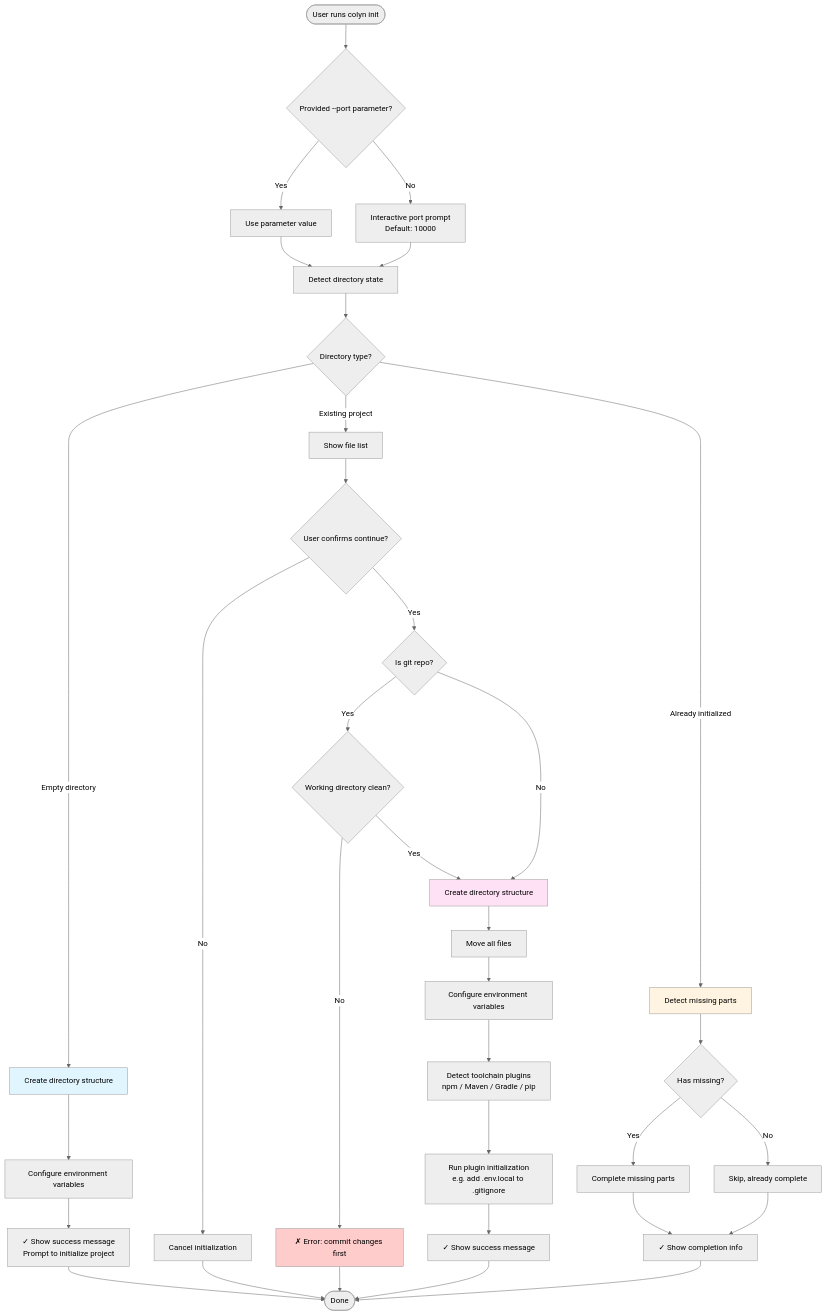
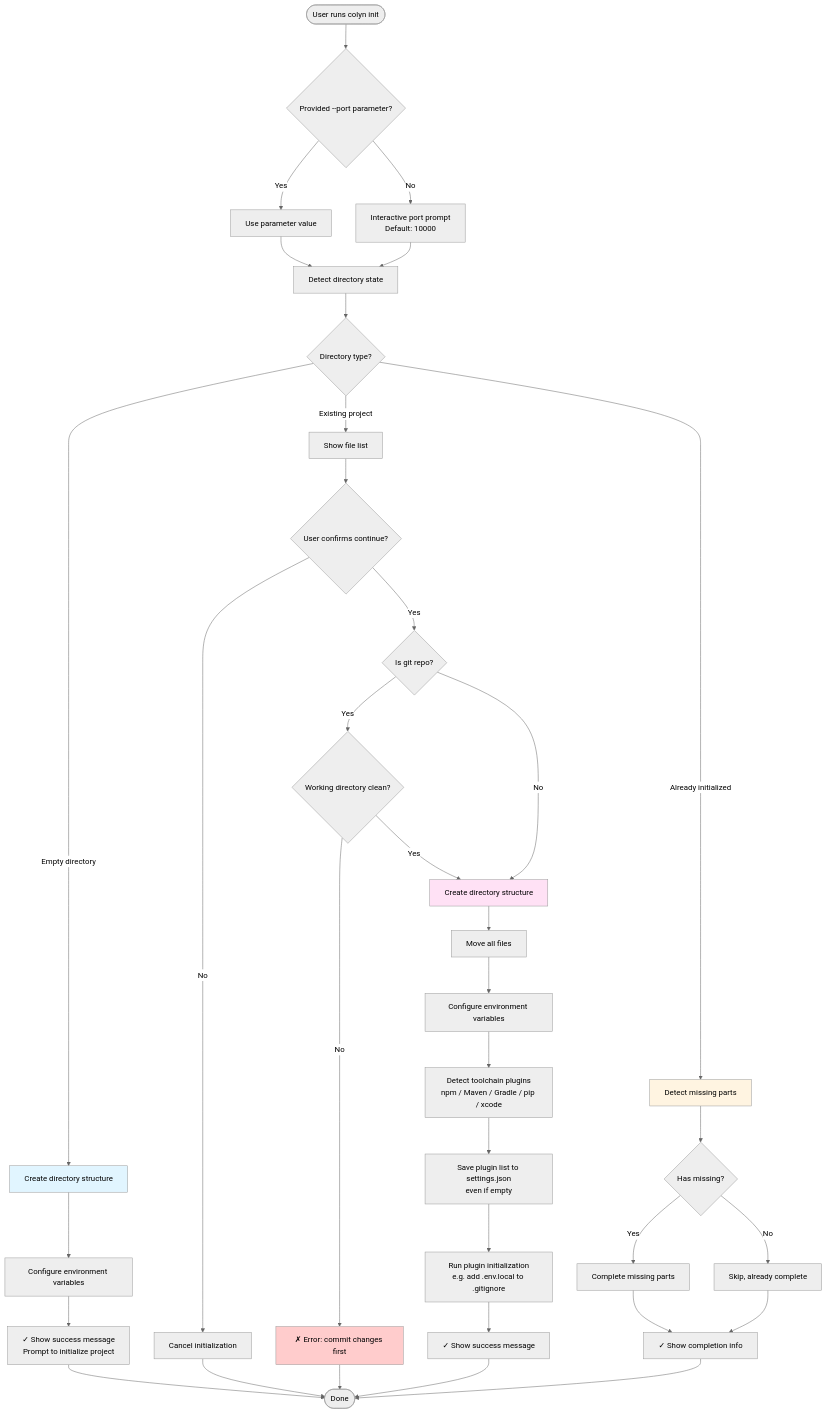
The first of 6 diagrams in docs-en/design-init-command.md (colin-han/colyn), drawn with Mermaid (neutral theme) before and after one commit. The commit also changed other lines of this file and 9 other files, not shown here.

````diff
--- a/docs-en/design-init-command.md
+++ b/docs-en/design-init-command.md
@@ -182,54 +182,55 @@
 ```mermaid
 graph TD
     Start([User runs colyn init]) --> CheckPort{Provided --port parameter?}
 
     CheckPort -->|Yes| UsePort[Use parameter value]
     CheckPort -->|No| AskPort[Interactive port prompt<br/>Default: 10000]
 
     UsePort --> DetectDir[Detect directory state]
     AskPort --> DetectDir
 
     DetectDir --> DirType{Directory type?}
 
     %% Empty directory flow
     DirType -->|Empty directory| EmptyCreate[Create directory structure]
     EmptyCreate --> EmptyEnv[Configure environment variables]
     EmptyEnv --> EmptySuccess[✓ Show success message<br/>Prompt to initialize project]
     EmptySuccess --> End([Done])
 
     %% Existing project flow
     DirType -->|Existing project| ShowFiles[Show file list]
     ShowFiles --> AskConfirm{User confirms continue?}
     AskConfirm -->|No| Cancel[Cancel initialization]
     AskConfirm -->|Yes| CheckGit{Is git repo?}
 
     CheckGit -->|Yes| CheckClean{Working directory clean?}
     CheckGit -->|No| CreateDirs
 
     CheckClean -->|No| ErrorDirty[✗ Error: commit changes first]
     CheckClean -->|Yes| CreateDirs[Create directory structure]
 
     CreateDirs --> MoveFiles[Move all files]
     MoveFiles --> ConfigEnv[Configure environment variables]
-    ConfigEnv --> DetectPlugins[Detect toolchain plugins<br/>npm / Maven / Gradle / pip]
-    DetectPlugins --> RunPluginInit[Run plugin initialization<br/>e.g. add .env.local to .gitignore]
+    ConfigEnv --> DetectPlugins[Detect toolchain plugins<br/>npm / Maven / Gradle / pip / xcode]
+    DetectPlugins --> SavePlugins[Save plugin list to settings.json<br/>even if empty]
+    SavePlugins --> RunPluginInit[Run plugin initialization<br/>e.g. add .env.local to .gitignore]
     RunPluginInit --> ProjectSuccess[✓ Show success message]
     ProjectSuccess --> End
 
     %% Already initialized flow
     DirType -->|Already initialized| CheckMissing[Detect missing parts]
     CheckMissing --> HasMissing{Has missing?}
     HasMissing -->|Yes| CompleteMissing[Complete missing parts]
     HasMissing -->|No| SkipComplete[Skip, already complete]
     CompleteMissing --> CompleteSuccess[✓ Show completion info]
     SkipComplete --> CompleteSuccess
     CompleteSuccess --> End
 
     Cancel --> End
     ErrorDirty --> End
 
     style EmptyCreate fill:#e1f5ff
     style CreateDirs fill:#ffe1f5
     style CheckMissing fill:#fff4e1
     style ErrorDirty fill:#ffcccc
 ```
````
